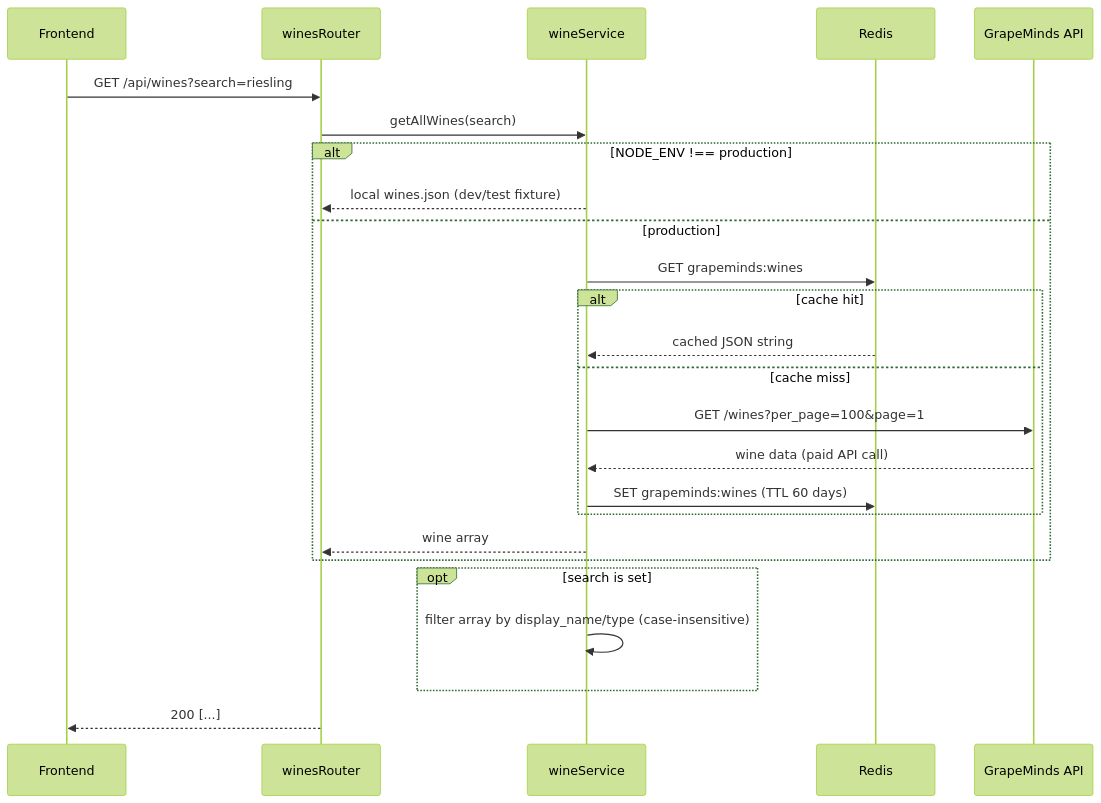
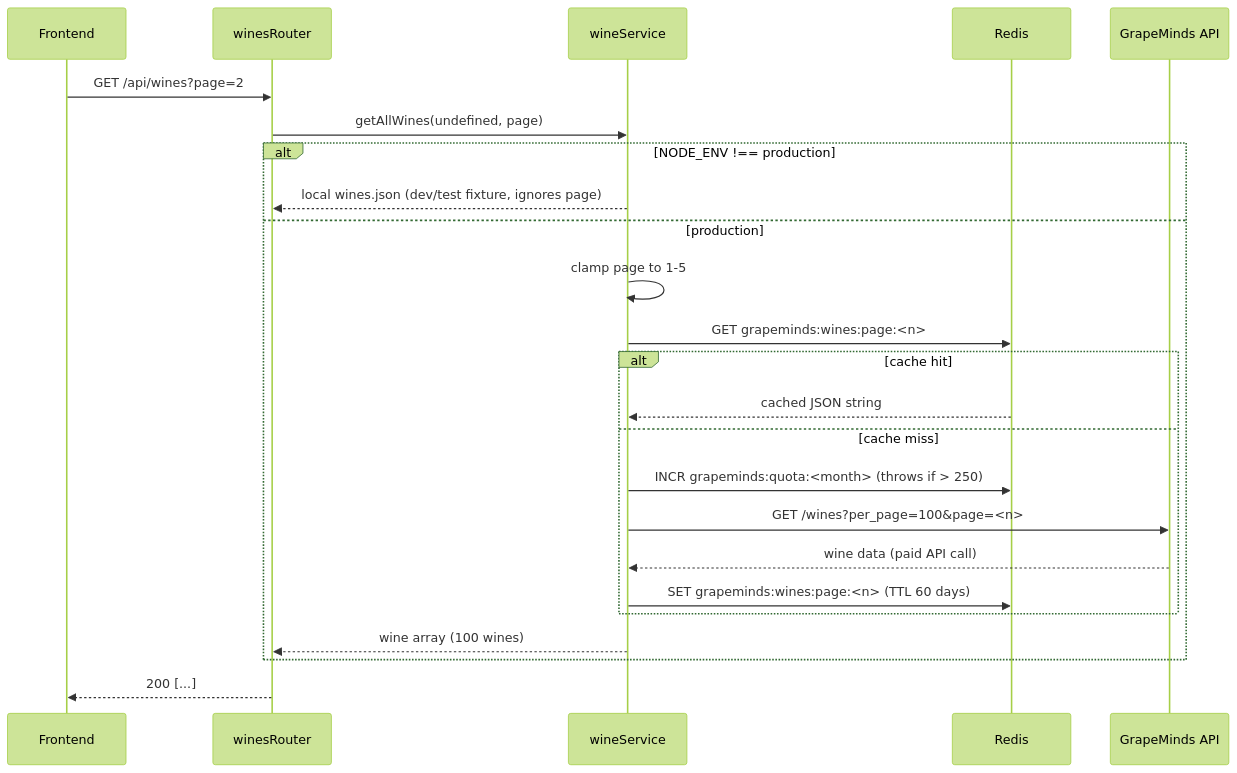
The sixth of 7 diagrams in back/README.md (vsvala/KnowWine-AI), drawn with Mermaid (forest theme) before and after one commit. The commit also changed other lines of this file and 3 other files, not shown here.

````diff
--- a/back/README.md
+++ b/back/README.md
@@ -324,28 +327,27 @@
 ```mermaid
 sequenceDiagram
     participant FE as Frontend
     participant WR as winesRouter
     participant WS as wineService
     participant RD as Redis
     participant GM as GrapeMinds API
 
-    FE->>WR: GET /api/wines?search=riesling
-    WR->>WS: getAllWines(search)
+    FE->>WR: GET /api/wines?page=2
+    WR->>WS: getAllWines(undefined, page)
     alt NODE_ENV !== production
-        WS-->>WR: local wines.json (dev/test fixture)
+        WS-->>WR: local wines.json (dev/test fixture, ignores page)
     else production
-        WS->>RD: GET grapeminds:wines
+        WS->>WS: clamp page to 1-5
+        WS->>RD: GET grapeminds:wines:page:<n>
         alt cache hit
             RD-->>WS: cached JSON string
         else cache miss
-            WS->>GM: GET /wines?per_page=100&page=1
+            WS->>RD: INCR grapeminds:quota:<month> (throws if > 250)
+            WS->>GM: GET /wines?per_page=100&page=<n>
             GM-->>WS: wine data (paid API call)
-            WS->>RD: SET grapeminds:wines (TTL 60 days)
+            WS->>RD: SET grapeminds:wines:page:<n> (TTL 60 days)
         end
-        WS-->>WR: wine array
-    end
-    opt search is set
-        WS->>WS: filter array by display_name/type (case-insensitive)
+        WS-->>WR: wine array (100 wines)
     end
     WR-->>FE: 200 [...]
 ```
````
